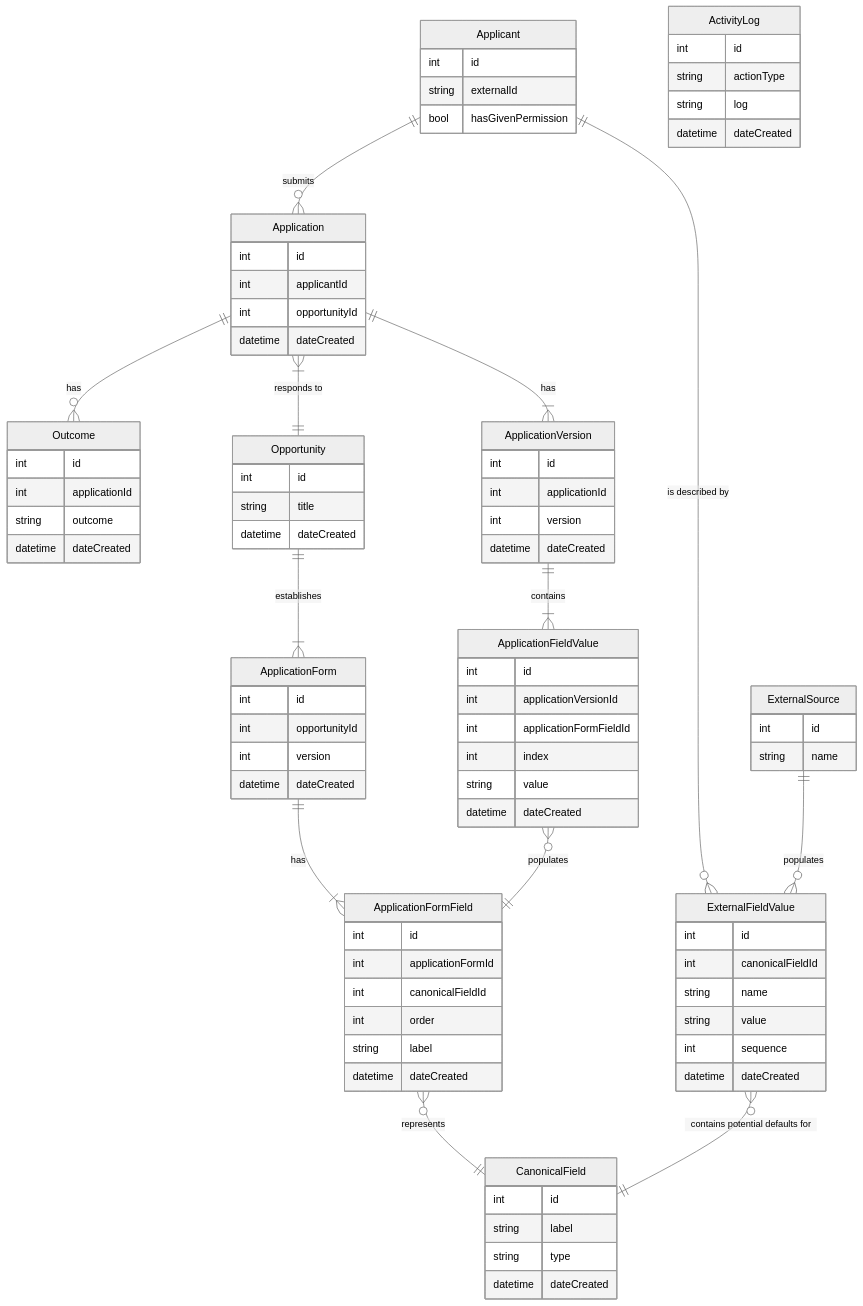
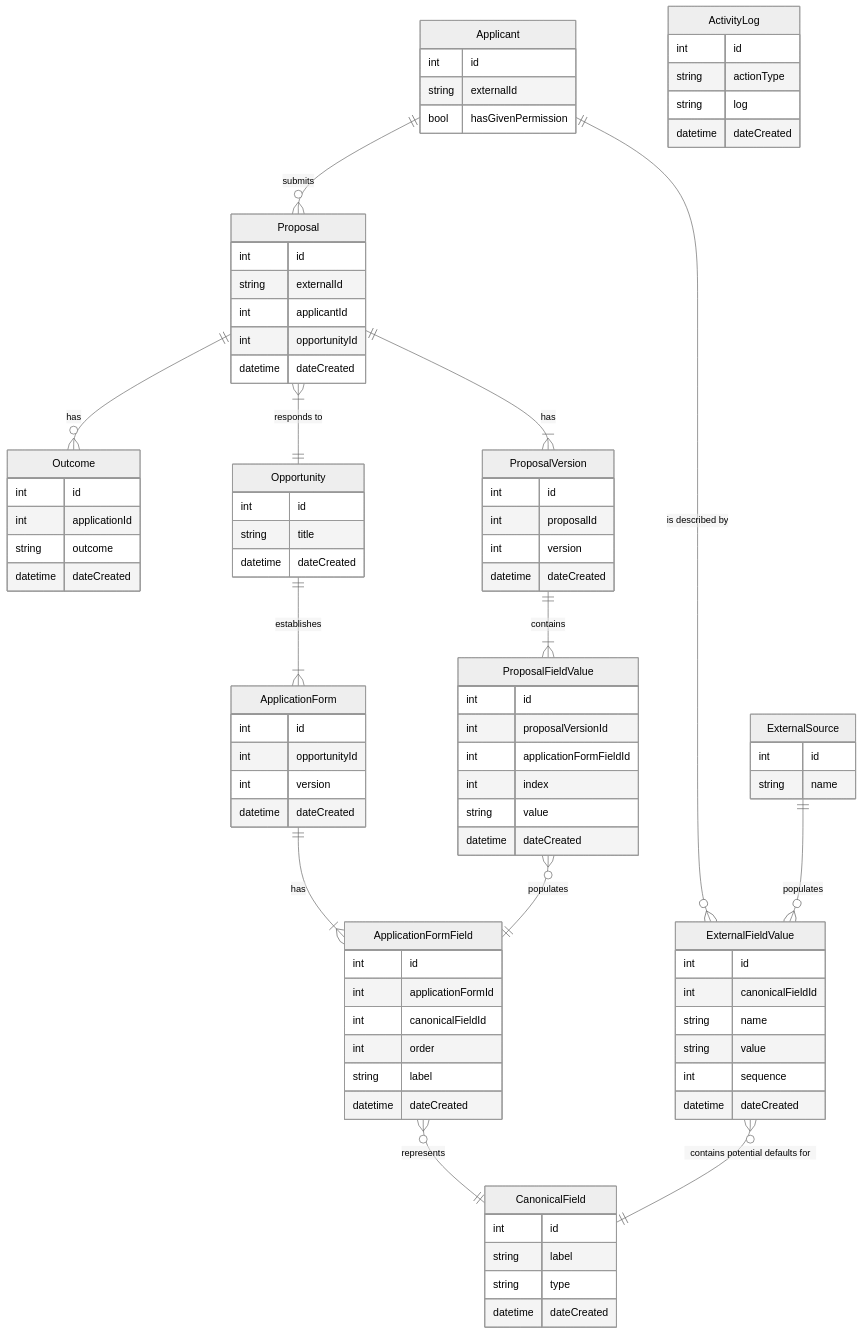
Before and after one commit to PhilanthropyDataCommons/service: the first of 4 diagrams in docs/ENTITY_RELATIONSHIP_DIAGRAM.md, drawn with Mermaid (neutral theme). The commit also changed other lines of this file and 9 other files, not shown here.

```diff
--- a/docs/ENTITY_RELATIONSHIP_DIAGRAM.md
+++ b/docs/ENTITY_RELATIONSHIP_DIAGRAM.md
@@ -18,8 +18,9 @@
     int id
     string name
   }
-  Application {
+  Proposal {
     int id
+    string externalId
     int applicantId
     int opportunityId
     datetime dateCreated
@@ -57,15 +58,15 @@
     int sequence
     datetime dateCreated
   }
-  ApplicationVersion {
+  ProposalVersion {
     int id
-    int applicationId
+    int proposalId
     int version
     datetime dateCreated
   }
-  ApplicationFieldValue {
+  ProposalFieldValue {
     int id
-    int applicationVersionId
+    int proposalVersionId
     int applicationFormFieldId
     int index
     string value
@@ -78,15 +79,15 @@
     datetime dateCreated
   }
 
-  Applicant ||--o{ Application : submits
-  Application }|--|| Opportunity : "responds to"
+  Applicant ||--o{ Proposal : submits
+  Proposal }|--|| Opportunity : "responds to"
   Opportunity ||--|{ ApplicationForm : establishes
-  Application ||--o{ Outcome : "has"
+  Proposal ||--o{ Outcome : "has"
   ApplicationForm ||--|{ ApplicationFormField : has
   ApplicationFormField }o--|| CanonicalField : represents
-  Application ||--|{ ApplicationVersion : has
-  ApplicationVersion ||--|{ ApplicationFieldValue : contains
-  ApplicationFieldValue }o--|| ApplicationFormField : populates
+  Proposal ||--|{ ProposalVersion : has
+  ProposalVersion ||--|{ ProposalFieldValue : contains
+  ProposalFieldValue }o--|| ApplicationFormField : populates
   Applicant ||--o{ ExternalFieldValue : "is described by"
   ExternalFieldValue }o--|| CanonicalField : "contains potential defaults for"
   ExternalSource ||--o{ ExternalFieldValue : "populates"
```
